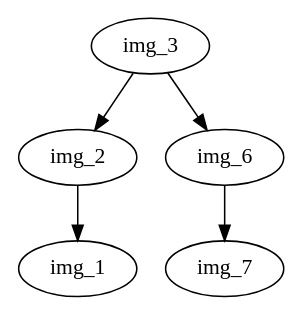
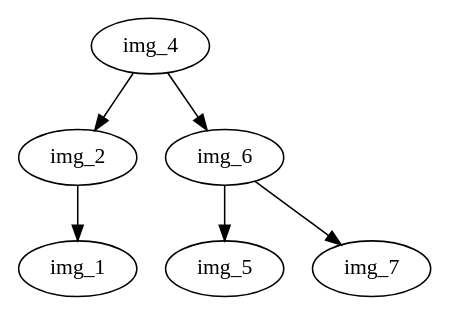
Before and after one commit to DiegoCali/EDD_PROYECTO_202201128: the diagram in Fase 2/outputs/imgs_avl_after.dot, drawn with Graphviz. The commit also changed 3 other files, not shown here.

```diff
--- a/Fase 2/outputs/imgs_avl_after.dot
+++ b/Fase 2/outputs/imgs_avl_after.dot
@@ -1,11 +1,13 @@
 digraph image_avl {
-node_3[label="img_3"];
-node_3 -> node_2;
-node_3 -> node_6;
+node_4[label="img_4"];
+node_4 -> node_2;
+node_4 -> node_6;
 node_2[label="img_2"];
 node_2 -> node_1;
 node_1[label="img_1"];
 node_6[label="img_6"];
+node_6 -> node_5;
 node_6 -> node_7;
+node_5[label="img_5"];
 node_7[label="img_7"];
 }
```
